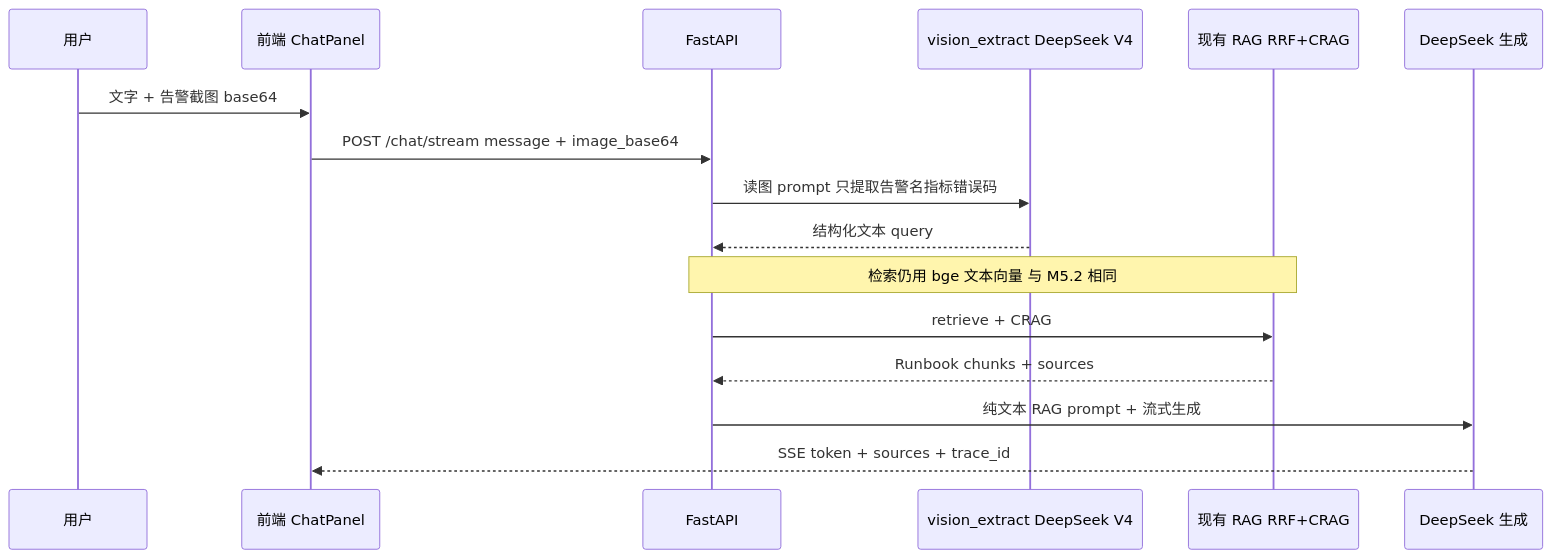
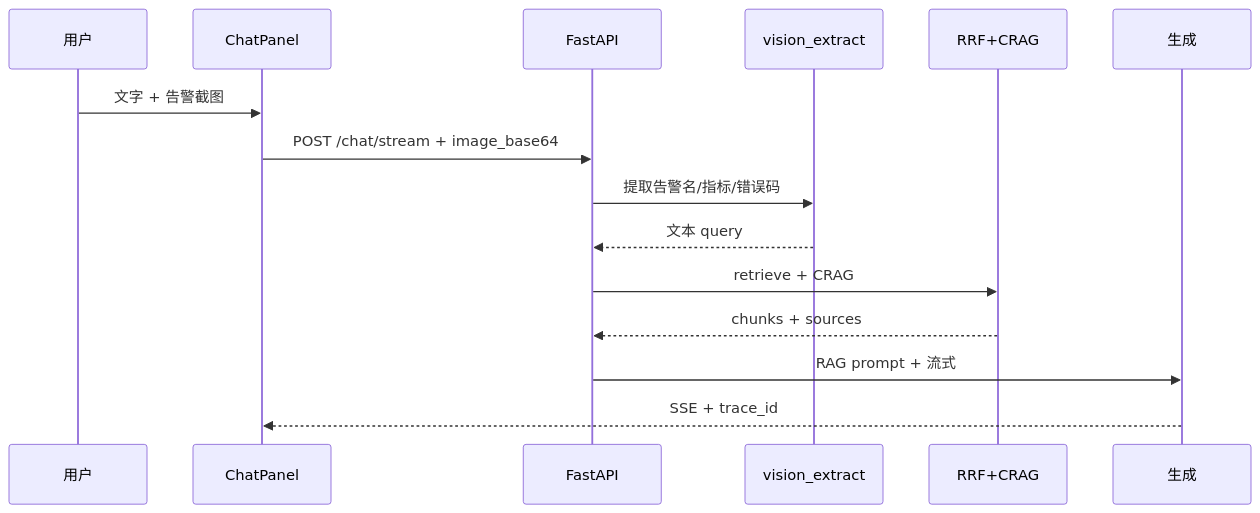
Before and after one commit to bigcabbag/ShipLog: the second of 2 diagrams in docs/steps/M5-steps.md, drawn with Mermaid. The commit also changed other lines of this file and 27 other files, not shown here.

First line of the commit message:
feat(M5.3): nginx 同源反代 + 截图读图（通义 Qwen3.7-Flash）

````diff
--- a/docs/steps/M5-steps.md
+++ b/docs/steps/M5-steps.md
@@ -194,19 +161,18 @@
 ```mermaid
 sequenceDiagram
   participant U as 用户
-  participant FE as 前端 ChatPanel
+  participant FE as ChatPanel
   participant API as FastAPI
-  participant V as vision_extract DeepSeek V4
-  participant R as 现有 RAG RRF+CRAG
-  participant LLM as DeepSeek 生成
+  participant V as vision_extract
+  participant R as RRF+CRAG
+  participant LLM as 生成
 
-  U->>FE: 文字 + 告警截图 base64
-  FE->>API: POST /chat/stream message + image_base64
-  API->>V: 读图 prompt 只提取告警名指标错误码
-  V-->>API: 结构化文本 query
-  Note over API,R: 检索仍用 bge 文本向量 与 M5.2 相同
+  U->>FE: 文字 + 告警截图
+  FE->>API: POST /chat/stream + image_base64
+  API->>V: 提取告警名/指标/错误码
+  V-->>API: 文本 query
   API->>R: retrieve + CRAG
-  R-->>API: Runbook chunks + sources
-  API->>LLM: 纯文本 RAG prompt + 流式生成
-  LLM-->>FE: SSE token + sources + trace_id
+  R-->>API: chunks + sources
+  API->>LLM: RAG prompt + 流式
+  LLM-->>FE: SSE + trace_id
 ```
````
